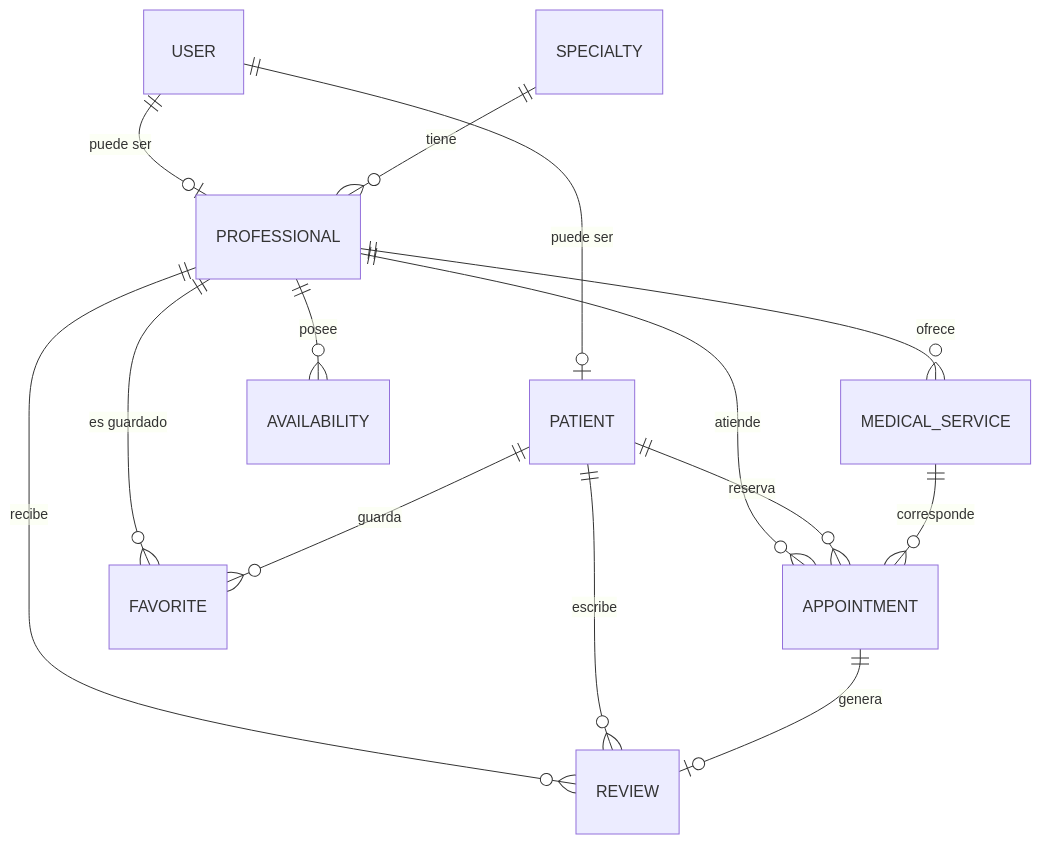
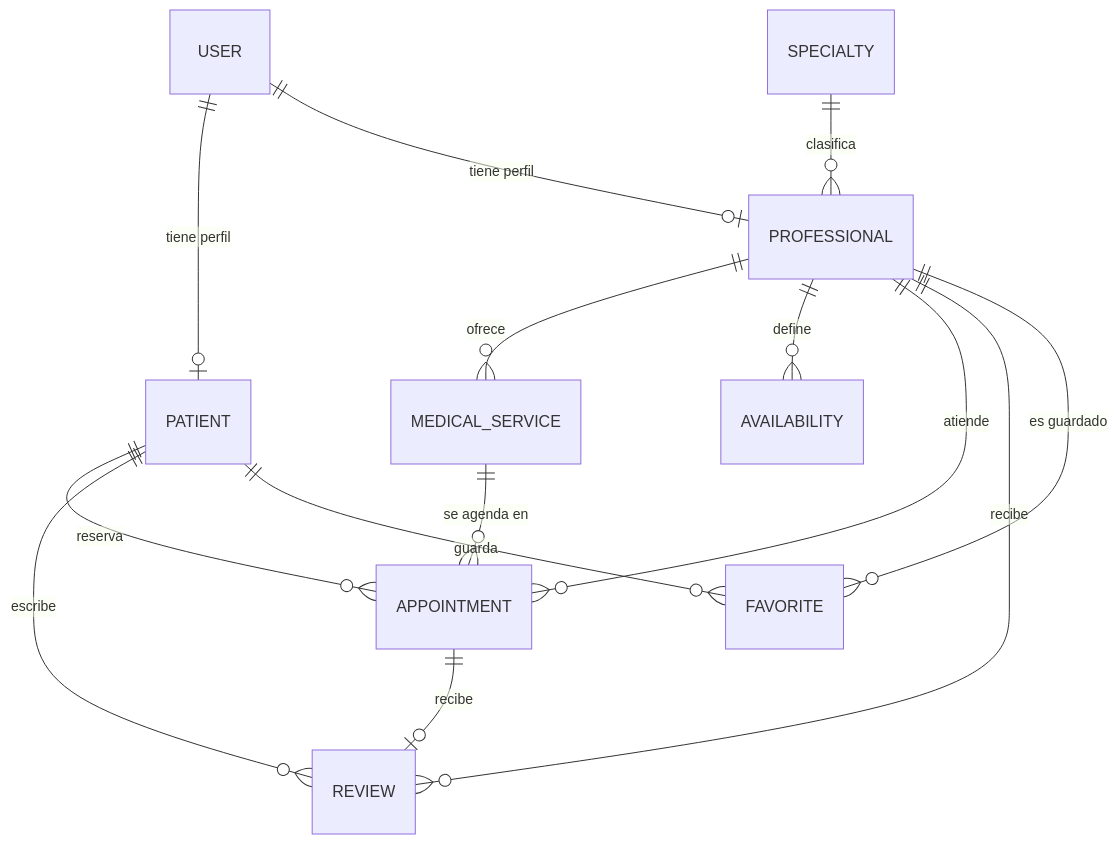
The diagram in README.md (alvaropachas-rgb/Backend-Salud-Al-Toque-), drawn with Mermaid before and after one commit. The commit also changed other lines of this file, not shown here.

````diff
--- a/README.md
+++ b/README.md
@@ -252,21 +96,16 @@
 ```mermaid
 erDiagram
-    USER ||--o| PATIENT : "puede ser"
-    USER ||--o| PROFESSIONAL : "puede ser"
-
-    SPECIALTY ||--o{ PROFESSIONAL : tiene
-
+    USER ||--o| PATIENT : "tiene perfil"
+    USER ||--o| PROFESSIONAL : "tiene perfil"
+    SPECIALTY ||--o{ PROFESSIONAL : clasifica
     PROFESSIONAL ||--o{ MEDICAL_SERVICE : ofrece
-    PROFESSIONAL ||--o{ AVAILABILITY : posee
+    PROFESSIONAL ||--o{ AVAILABILITY : define
+    PATIENT ||--o{ APPOINTMENT : reserva
     PROFESSIONAL ||--o{ APPOINTMENT : atiende
+    MEDICAL_SERVICE ||--o{ APPOINTMENT : "se agenda en"
+    APPOINTMENT ||--o| REVIEW : recibe
+    PATIENT ||--o{ REVIEW : escribe
     PROFESSIONAL ||--o{ REVIEW : recibe
+    PATIENT ||--o{ FAVORITE : guarda
     PROFESSIONAL ||--o{ FAVORITE : "es guardado"
-
-    PATIENT ||--o{ APPOINTMENT : reserva
-    PATIENT ||--o{ REVIEW : escribe
-    PATIENT ||--o{ FAVORITE : guarda
-
-    MEDICAL_SERVICE ||--o{ APPOINTMENT : corresponde
-
-    APPOINTMENT ||--o| REVIEW : genera
 ```
````
